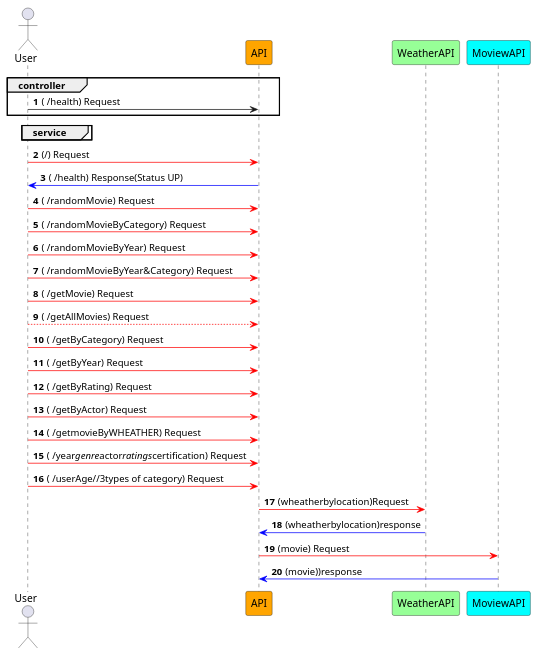
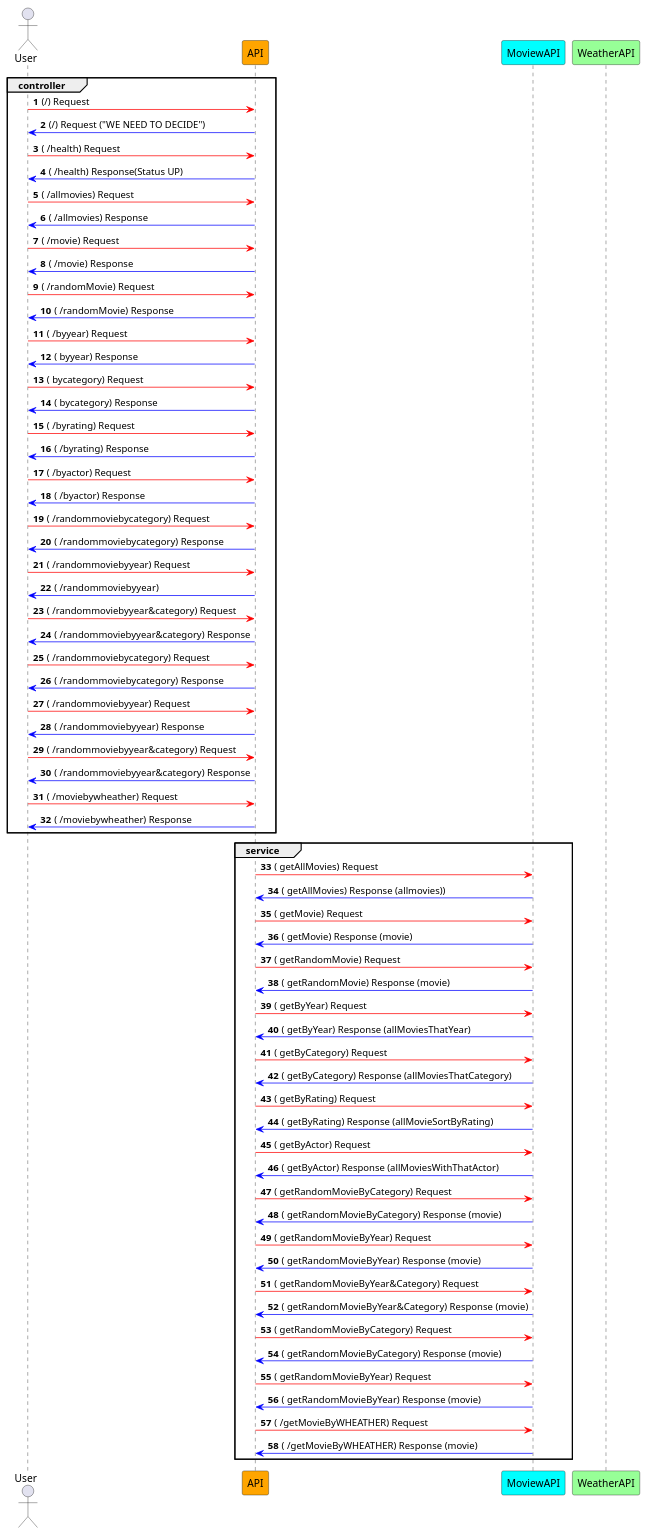
Before and after one commit to hvferreira/movie-api: the diagram in Docs/SSD.puml, drawn with PlantUML. The commit also changed 1 other file, not shown here.

```diff
--- a/Docs/SSD.puml
+++ b/Docs/SSD.puml
@@ -1,64 +1,148 @@
 @startuml movie
 autonumber
 
 
 
 'define the icon User
 actor User
 
 
 'define colors
 participant API #orange
 group controller
 
-User -> API: ( /health) Request
+User -[#red]> API: (/) Request
+User <[#blue]- API: (/) Request ("WE NEED TO DECIDE")
+
+User -[#red]> API: ( /health) Request
+User <[#blue]- API: ( /health) Response(Status UP)
+
+User -[#red]> API: ( /allmovies) Request
+User <[#blue]- API: ( /allmovies) Response
+
+User -[#red]> API: ( /movie) Request
+User <[#blue]- API: ( /movie) Response
+
+User -[#red]> API: ( /randomMovie) Request
+User <[#blue]- API: ( /randomMovie) Response
+
+User -[#red]> API: ( /byyear) Request
+User <[#blue]- API: ( byyear) Response
+
+User -[#red]> API: ( bycategory) Request
+User <[#blue]- API: ( bycategory) Response
+
+User -[#red]> API: ( /byrating) Request
+User <[#blue]- API: ( /byrating) Response
+
+User -[#red]> API: ( /byactor) Request
+User <[#blue]- API: ( /byactor) Response
+
+User -[#red]> API: ( /randommoviebycategory) Request
+User <[#blue]- API: ( /randommoviebycategory) Response
+
+User -[#red]> API: ( /randommoviebyyear) Request
+User <[#blue]- API: ( /randommoviebyyear)
+
+User -[#red]> API: ( /randommoviebyyear&category) Request
+User <[#blue]- API: ( /randommoviebyyear&category) Response
+
+User -[#red]> API: ( /randommoviebycategory) Request
+User <[#blue]- API: ( /randommoviebycategory) Response
+
+User -[#red]> API: ( /randommoviebyyear) Request
+User <[#blue]- API: ( /randommoviebyyear) Response
+
+User -[#red]> API: ( /randommoviebyyear&category) Request
+User <[#blue]- API: ( /randommoviebyyear&category) Response
+
+User -[#red]> API: ( /moviebywheather) Request
+User <[#blue]- API: ( /moviebywheather) Response
+
     end
 
 group service
+participant MoviewAPI #cyan
+
+API -[#red]> MoviewAPI: ( getAllMovies) Request
+API <[#blue]- MoviewAPI: ( getAllMovies) Response (allmovies))
+
+API -[#red]> MoviewAPI:  ( getMovie) Request
+API <[#blue]- MoviewAPI: ( getMovie) Response (movie)
+
+API -[#red]> MoviewAPI: ( getRandomMovie) Request
+API <[#blue]- MoviewAPI: ( getRandomMovie) Response (movie)
+
+API -[#red]> MoviewAPI: ( getByYear) Request
+API <[#blue]- MoviewAPI: ( getByYear) Response (allMoviesThatYear)
+
+API -[#red]> MoviewAPI: ( getByCategory) Request
+API <[#blue]- MoviewAPI: ( getByCategory) Response (allMoviesThatCategory)
+
+API -[#red]> MoviewAPI: ( getByRating) Request
+API <[#blue]- MoviewAPI: ( getByRating) Response (allMovieSortByRating)
+
+API -[#red]> MoviewAPI: ( getByActor) Request
+API <[#blue]- MoviewAPI: ( getByActor) Response (allMoviesWithThatActor)
+
+
+API -[#red]> MoviewAPI: ( getRandomMovieByCategory) Request
+API <[#blue]- MoviewAPI: ( getRandomMovieByCategory) Response (movie)
+
+API -[#red]> MoviewAPI: ( getRandomMovieByYear) Request
+API <[#blue]- MoviewAPI: ( getRandomMovieByYear) Response (movie)
+
+API -[#red]> MoviewAPI: ( getRandomMovieByYear&Category) Request
+API <[#blue]- MoviewAPI: ( getRandomMovieByYear&Category) Response (movie)
+
+API -[#red]> MoviewAPI: ( getRandomMovieByCategory) Request
+API <[#blue]- MoviewAPI: ( getRandomMovieByCategory) Response (movie)
+
+API -[#red]> MoviewAPI: ( getRandomMovieByYear) Request
+API <[#blue]- MoviewAPI: ( getRandomMovieByYear) Response (movie)
+
+API -[#red]> MoviewAPI: ( /getMovieByWHEATHER) Request
+API <[#blue]- MoviewAPI: ( /getMovieByWHEATHER) Response (movie)
 
     end
 
 
 'group repository
 'end
 
 'group model
 'end
 
-User -[#red]> API: (/) Request
 
-User <[#blue]- API: ( /health) Response(Status UP)
-User -[#red]> API: ( /randomMovie) Request
-User -[#red]> API: ( /randomMovieByCategory) Request
-User -[#red]> API: ( /randomMovieByYear) Request
-User -[#red]> API: ( /randomMovieByYear&Category) Request
-User -[#red]> API: ( /getMovie) Request
-User -[#red]-> API: ( /getAllMovies) Request
-User -[#red]> API: ( /getByCategory) Request
-User -[#red]> API: ( /getByYear) Request
-User -[#red]> API: ( /getByRating) Request
-User -[#red]> API: ( /getByActor) Request
-User -[#red]> API: ( /getmovieByWHEATHER) Request
-User -[#red]> API: ( /year//genre//actor//ratings//certification) Request
-User -[#red]> API: ( /userAge//3types of category) Request
+
+
+
+
+
+
+
+
+
+
+
+
+
 
 participant WeatherAPI #PHYSICAL
-API -[#red]> WeatherAPI: (wheatherbylocation)Request
-API <-[#blue] WeatherAPI: (wheatherbylocation)response
+'API -[#red]> WeatherAPI: (wheatherbylocation)Request
+'API <-[#blue] WeatherAPI: (wheatherbylocation)response
 
-participant MoviewAPI #cyan
-API -[#red]> MoviewAPI: (movie) Request
-API <-[#blue] MoviewAPI: (movie))response
+
 
 
 
 
 'participant FoodDrinkAPI #violet
 'API -[#red]> FoodDrinkAPI: (food/drinkByMovie) Request
 'API -[#red]> FoodDrinkAPI: (food/drinkByMovie) Request
 'API -[#red]> FoodDrinkAPI: (food/drinkByhourOFday) Request
 'API -[#red]> FoodDrinkAPI: (food/byWheather) Request
 
 'User <[#blue]- API: ( /" ") Response(movie & wheather & Drink or food recommendation)
 
 @enduml
```
